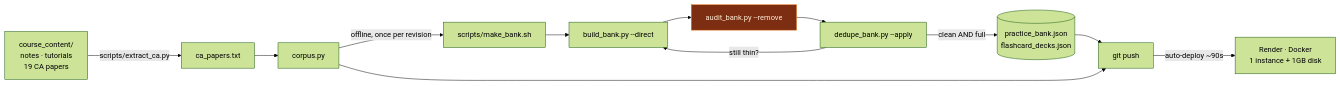
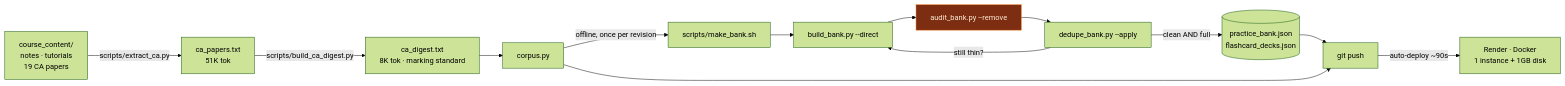
One commit to ngwtl/captain-thermo changed the third of 3 diagrams in docs/architecture.md. Above: the diagram before and after it, drawn with Mermaid (forest theme). The commit also changed other lines of this file and 7 other files, not shown here.

````diff
--- a/docs/architecture.md
+++ b/docs/architecture.md
@@ -94,20 +108,21 @@
 ```mermaid
 flowchart LR
     PDF["course_content/<br/>notes · tutorials<br/>19 CA papers"]
-    PDF -->|"scripts/extract_ca.py"| TXT["ca_papers.txt"]
-    TXT --> CORP["corpus.py"]
+    PDF -->|"scripts/extract_ca.py"| TXT["ca_papers.txt<br/>51K tok"]
+    TXT -->|"scripts/build_ca_digest.py"| DIG["ca_digest.txt<br/>8K tok · marking standard"]
+    DIG --> CORP["corpus.py"]
 
     CORP -->|"offline, once per revision"| MK["scripts/make_bank.sh"]
     MK --> G["build_bank.py --direct"]
     G --> AU["audit_bank.py --remove"]
     AU --> DD["dedupe_bank.py --apply"]
     DD -->|"still thin?"| G
     DD -->|"clean AND full"| BJ[("practice_bank.json<br/>flashcard_decks.json")]
 
     BJ --> GH["git push"]
     CORP --> GH
     GH -->|"auto-deploy ~90s"| RN["Render · Docker<br/>1 instance + 1GB disk"]
 
     classDef gate fill:#7c2d12,stroke:#ea7317,color:#ffedd5
     class AU gate
 ```
````
